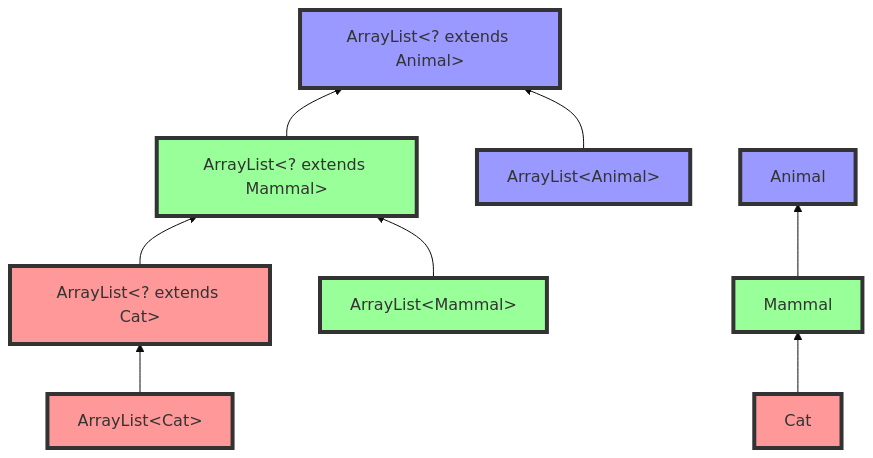
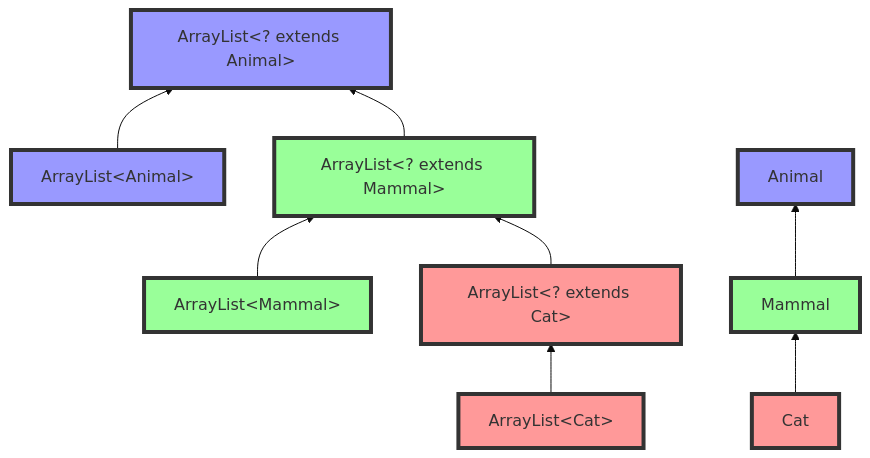
The eighth of 11 diagrams in content/advjava/generics.md (KULeuven-Diepenbeek/ses-course), drawn with Mermaid (base theme) before and after one commit. The commit also changed other lines of this file, not shown here.

````diff
--- a/content/advjava/generics.md
+++ b/content/advjava/generics.md
@@ -594,25 +627,25 @@
 ```mermaid
 graph BT
 ALCat["ArrayList#lt;Cat>"]
 ALextendsAnimal["ArrayList#lt;? extends Animal>"]
 ALextendsMammal["ArrayList#lt;? extends Mammal>"]
 ALextendsCat["ArrayList#lt;? extends Cat>"]
 ALAnimal["ArrayList#lt;Animal>"]
 ALMammal["ArrayList#lt;Mammal>"]
+ALAnimal --> ALextendsAnimal
+ALextendsMammal --> ALextendsAnimal
+ALMammal --> ALextendsMammal
+ALextendsCat --> ALextendsMammal
 ALCat --> ALextendsCat
-ALextendsMammal --> ALextendsAnimal
-ALextendsCat --> ALextendsMammal
-ALAnimal --> ALextendsAnimal
-ALMammal --> ALextendsMammal
 
 Cat --> Mammal
 Mammal --> Animal
 
 
 classDef cat fill:#f99,stroke:#333,stroke-width:4px;
 classDef mammal fill:#9f9,stroke:#333,stroke-width:4px;
 classDef animal fill:#99f,stroke:#333,stroke-width:4px;
 class ALCat,Cat,ALextendsCat cat;
 class ALMammal,Mammal,ALextendsMammal mammal;
 class ALAnimal,Animal,ALextendsAnimal animal;
 ```
````
